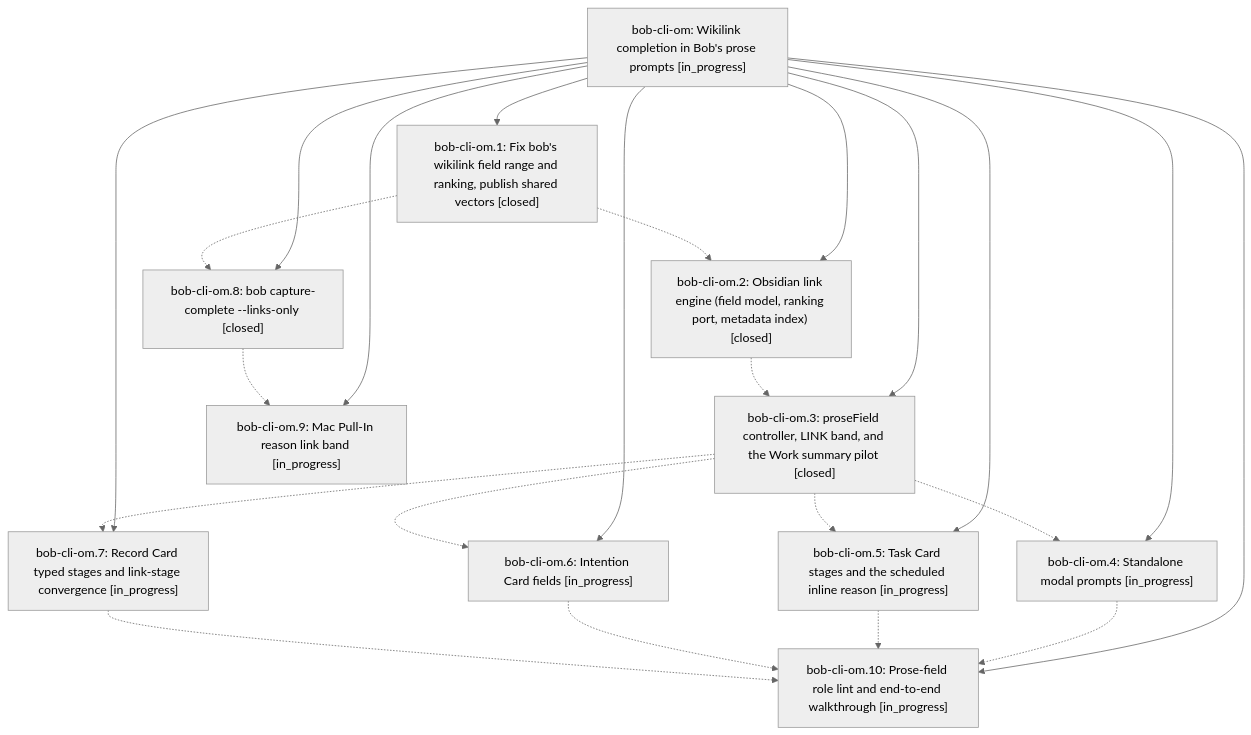
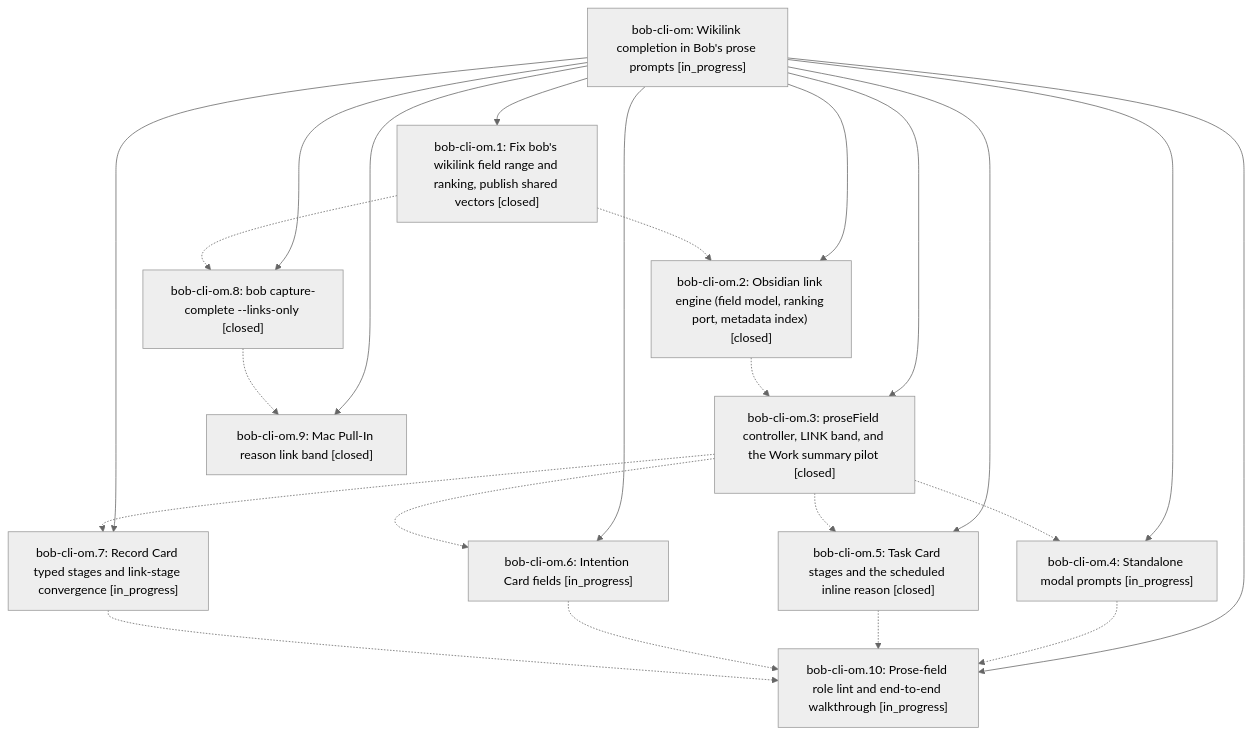
One commit to bobs-org/bob-cli--beads changed the diagram in pages/bob-cli-om/README.md. Above: the diagram before and after it, drawn with Mermaid (neutral theme). The commit also changed other lines of this file and 7 other files, not shown here.

First line of the commit message:
chore(beads): sync bead state and pages for bob-cli-om

````diff
--- a/pages/bob-cli-om/README.md
+++ b/pages/bob-cli-om/README.md
@@ -45,36 +45,36 @@
 ```mermaid
 flowchart TD
     n0["bob-cli-om: Wikilink completion in Bob's prose prompts [in_progress]"]
     n1["bob-cli-om.1: Fix bob's wikilink field range and ranking, publish shared vectors [closed]"]
     n2["bob-cli-om.10: Prose-field role lint and end-to-end walkthrough [in_progress]"]
     n3["bob-cli-om.2: Obsidian link engine (field model, ranking port, metadata index) [closed]"]
     n4["bob-cli-om.3: proseField controller, LINK band, and the Work summary pilot [closed]"]
     n5["bob-cli-om.4: Standalone modal prompts [in_progress]"]
-    n6["bob-cli-om.5: Task Card stages and the scheduled inline reason [in_progress]"]
+    n6["bob-cli-om.5: Task Card stages and the scheduled inline reason [closed]"]
     n7["bob-cli-om.6: Intention Card fields [in_progress]"]
     n8["bob-cli-om.7: Record Card typed stages and link-stage convergence [in_progress]"]
     n9["bob-cli-om.8: bob capture-complete --links-only [closed]"]
-    n10["bob-cli-om.9: Mac Pull-In reason link band [in_progress]"]
+    n10["bob-cli-om.9: Mac Pull-In reason link band [closed]"]
     n0 --> n1
     n0 --> n2
     n0 --> n3
     n0 --> n4
     n0 --> n5
     n0 --> n6
     n0 --> n7
     n0 --> n8
     n0 --> n9
     n0 --> n10
     n1 -.-> n3
     n1 -.-> n9
     n3 -.-> n4
     n4 -.-> n5
     n4 -.-> n6
     n4 -.-> n7
     n4 -.-> n8
     n5 -.-> n2
     n6 -.-> n2
     n7 -.-> n2
     n8 -.-> n2
     n9 -.-> n10
 ```
````
